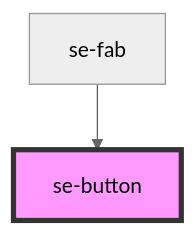
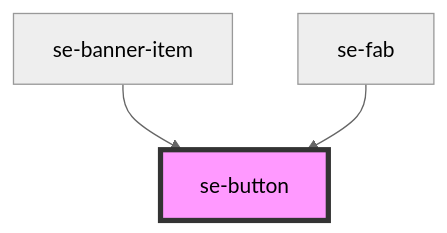
Before and after one commit to robbiemcmullense/se-web-ui: the diagram in src-core/src/components/button/readme.md, drawn with Mermaid (neutral theme). The commit also changed other lines of this file and 35 other files, not shown here.

Commit message:
initial setup of banner, banner-item components

````diff
--- a/src-core/src/components/button/readme.md
+++ b/src-core/src/components/button/readme.md
@@ -59,5 +60,6 @@
 ```mermaid
 graph TD;
+  se-banner-item --> se-button
   se-fab --> se-button
   style se-button fill:#f9f,stroke:#333,stroke-width:4px
 ```
````
